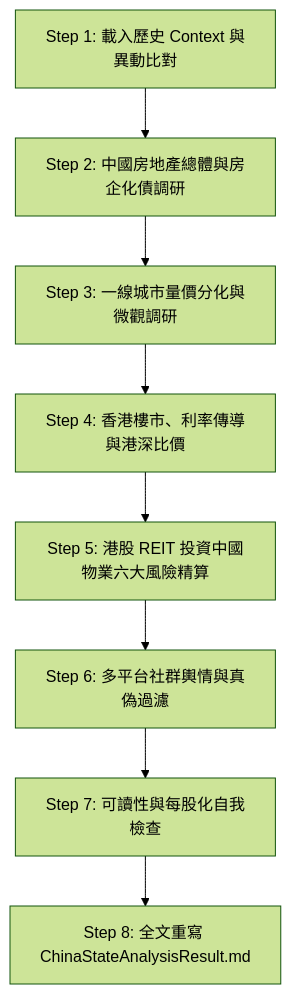
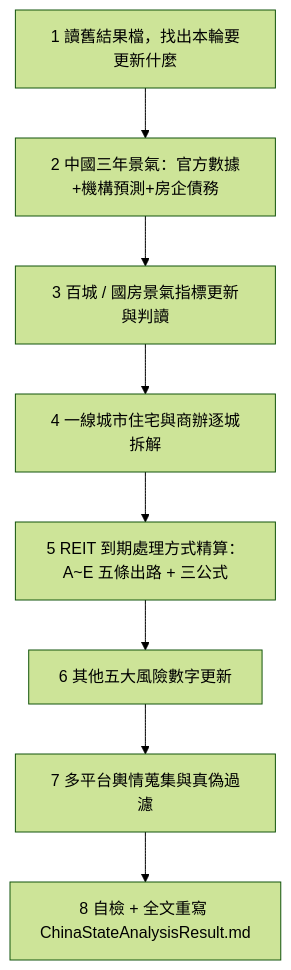
One commit to a9303001/FinancialReport changed the diagram in AnalysisResult/ChinaStateAnalysis.md. Above: the diagram before and after it, drawn with Mermaid (forest theme). The commit also changed other lines of this file, not shown here.

First line of the commit message:
重寫並簡化 ChinaStateAnalysis.md 為初級分析師版投資規格

````diff
--- a/AnalysisResult/ChinaStateAnalysis.md
+++ b/AnalysisResult/ChinaStateAnalysis.md
@@ -138,10 +233,10 @@
 ```mermaid
 flowchart TD
-    A[Step 1: 載入歷史 Context 與異動比對] --> B[Step 2: 中國房地產總體與房企化債調研]
-    B --> C[Step 3: 一線城市量價分化與微觀調研]
-    C --> D[Step 4: 香港樓市、利率傳導與港深比價]
-    D --> E[Step 5: 港股 REIT 投資中國物業六大風險精算]
-    E --> F[Step 6: 多平台社群輿情與真偽過濾]
-    F --> G[Step 7: 可讀性與每股化自我檢查]
-    G --> H[Step 8: 全文重寫 ChinaStateAnalysisResult.md]
+    A[1 讀舊結果檔，找出本輪要更新什麼] --> B[2 中國三年景氣：官方數據+機構預測+房企債務]
+    B --> C[3 百城 / 國房景氣指標更新與判讀]
+    C --> D[4 一線城市住宅與商辦逐城拆解]
+    D --> E[5 REIT 到期處理方式精算：A~E 五條出路 + 三公式]
+    E --> F[6 其他五大風險數字更新]
+    F --> G[7 多平台輿情蒐集與真偽過濾]
+    G --> H[8 自檢 + 全文重寫 ChinaStateAnalysisResult.md]
 ```
````
